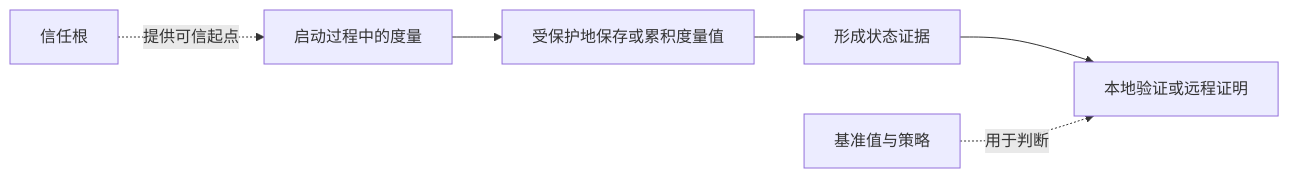
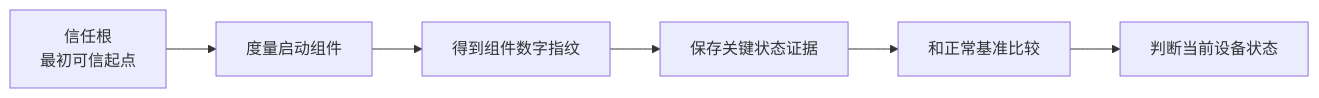
Before and after one commit to 74262195/system-architect-notes: the first of 2 diagrams in 01_综合知识/03_信息安全技术/05_安全架构治理与可信/可信计算.md, drawn with Mermaid. The commit also changed other lines of this file, not shown here.

````diff
--- a/01_综合知识/03_信息安全技术/05_安全架构治理与可信/可信计算.md
+++ b/01_综合知识/03_信息安全技术/05_安全架构治理与可信/可信计算.md
@@ -31,8 +111,8 @@
-```mermaid
-graph LR
-    R[信任根] -. 提供可信起点 .-> M[启动过程中的度量]
-    M --> P[受保护地保存或累积度量值]
-    P --> E[形成状态证据]
-    E --> V[本地验证或远程证明]
-    B[基准值与策略] -. 用于判断 .-> V
-```
+~~~mermaid
+flowchart LR
+    A[信任根<br/>最初可信起点] --> B[度量启动组件]
+    B --> C[得到组件数字指纹]
+    C --> D[保存关键状态证据]
+    D --> E[和正常基准比较]
+    E --> F[判断当前设备状态]
+~~~
````
